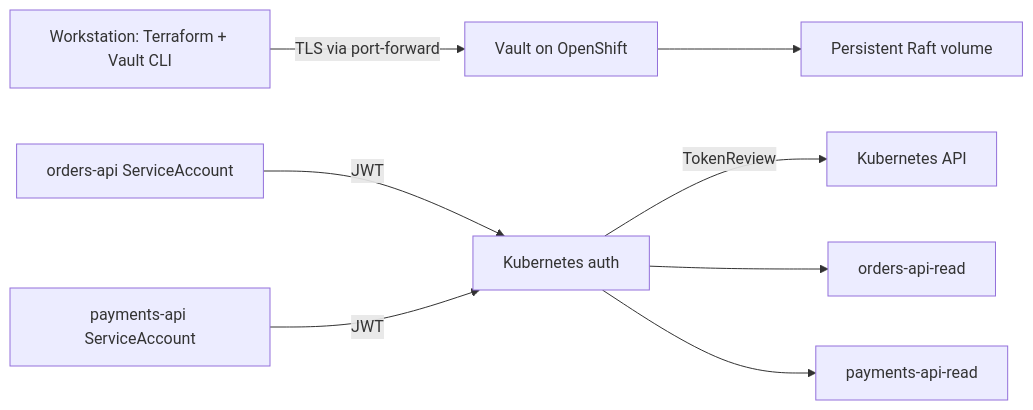
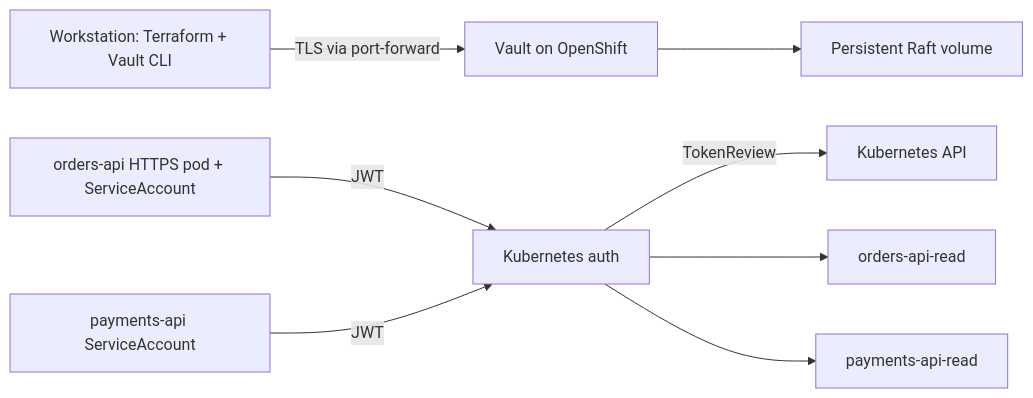
Before and after one commit to isakpet-irori/hashicorp-vault-lab: the diagram in OPENSHIFT_KUBERNETES_AUTH.md, drawn with Mermaid. The commit also changed other lines of this file and 3 other files, not shown here.

````diff
--- a/OPENSHIFT_KUBERNETES_AUTH.md
+++ b/OPENSHIFT_KUBERNETES_AUTH.md
@@ -11,10 +12,10 @@
 ```mermaid
 flowchart LR
     Client["Workstation: Terraform + Vault CLI"] -->|"TLS via port-forward"| Vault["Vault on OpenShift"]
     Vault --> Raft["Persistent Raft volume"]
-    Orders["orders-api ServiceAccount"] -->|"JWT"| Auth["Kubernetes auth"]
+    Orders["orders-api HTTPS pod + ServiceAccount"] -->|"JWT"| Auth["Kubernetes auth"]
     Payments["payments-api ServiceAccount"] -->|"JWT"| Auth
     Auth -->|"TokenReview"| API["Kubernetes API"]
     Auth --> OrdersPolicy["orders-api-read"]
     Auth --> PaymentsPolicy["payments-api-read"]
 ```
````
